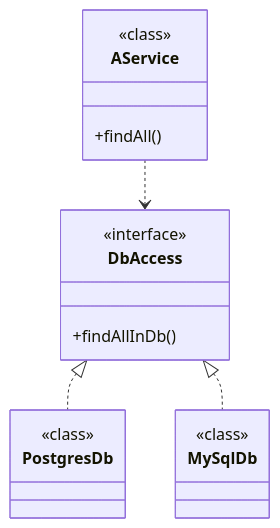
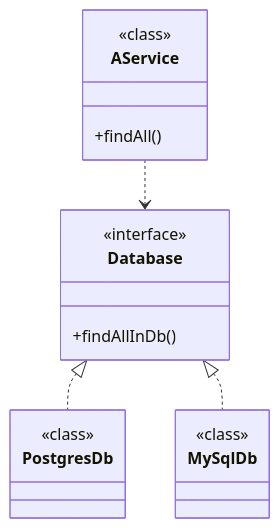
The fourth of 4 diagrams in slides/pages/c1/di.md (Zomzog/iut-spring-kotlin), drawn with Mermaid before and after one commit. The commit also changed other lines of this file and 7 other files, not shown here.

````diff
--- a/slides/pages/c1/di.md
+++ b/slides/pages/c1/di.md
@@ -161,21 +163,21 @@
 ```mermaid
 classDiagram
     direction TD
     class AService {
         <<class>>
         +findAll()
     }
-    class DbAccess {
+    class Database {
         <<interface>>
         +findAllInDb()
     }
     class PostgresDb {
         <<class>>
     }
     class MySqlDb {
         <<class>>
     }
-    AService ..> DbAccess
-    DbAccess <|.. PostgresDb
-    DbAccess <|.. MySqlDb
+    AService ..> Database
+    Database <|.. PostgresDb
+    Database <|.. MySqlDb
 ```
````
